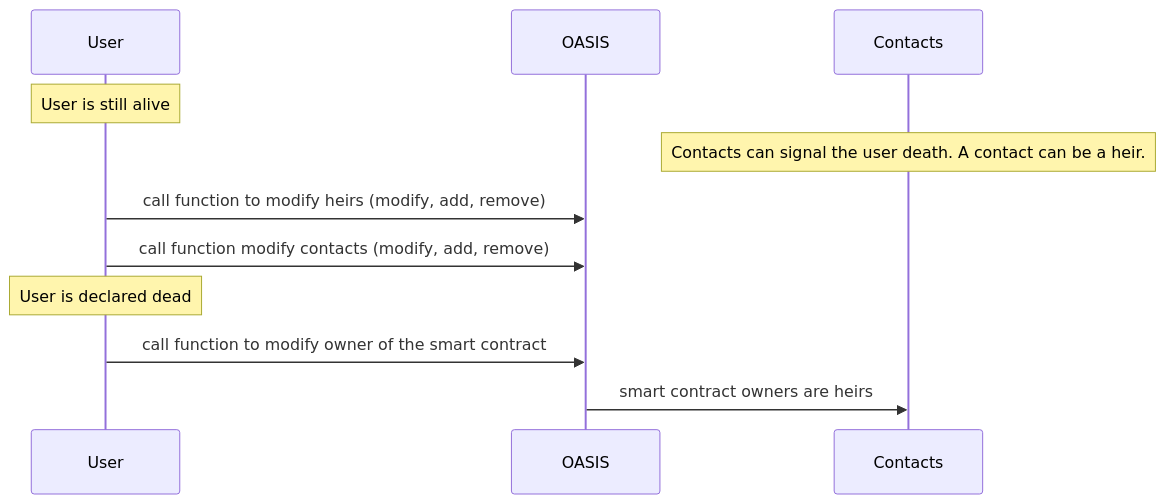
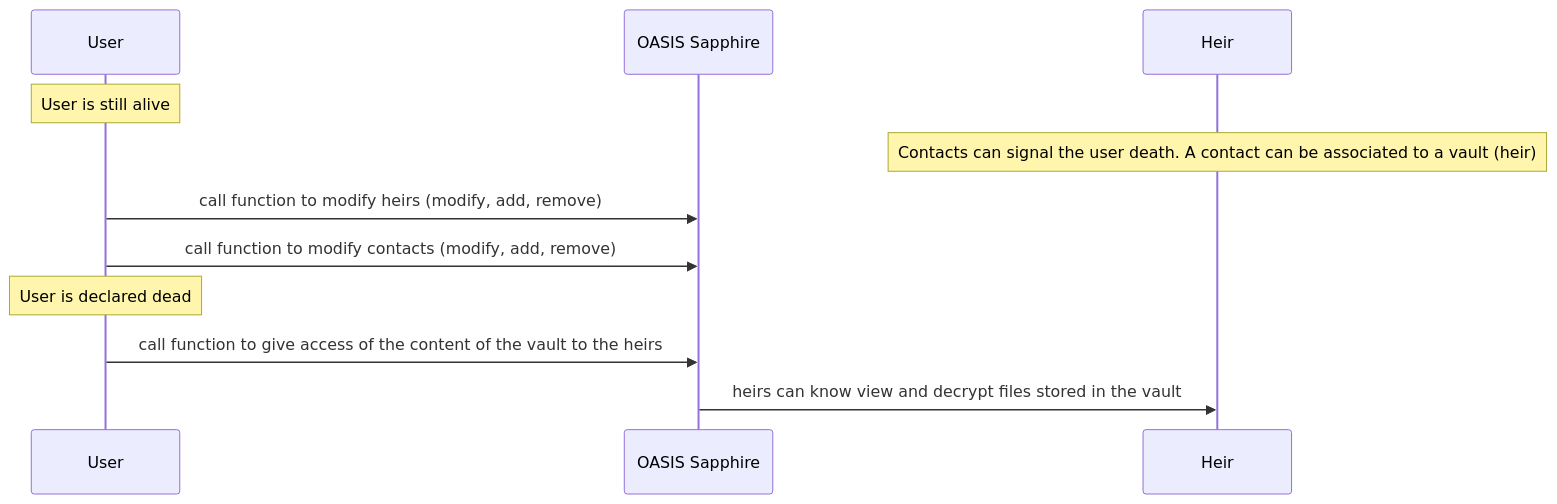
Before and after one commit to Matthieu-LAURENT39/LifeSignal: the diagram in diagrams/case_user_is_dead.mmd, drawn with Mermaid. The commit also changed 4 other files, not shown here.

```diff
--- a/diagrams/case_user_is_dead.mmd
+++ b/diagrams/case_user_is_dead.mmd
@@ -1,14 +1,14 @@
 sequenceDiagram
     participant User
-    participant OASIS
-    participant Contacts
+    participant OASIS Sapphire
+    participant Heir
 
     Note over User: User is still alive
-    Note over Contacts: Contacts can signal the user death. A contact can be a heir.
-    User->>OASIS: call function to modify heirs (modify, add, remove)
-    User->>OASIS: call function modify contacts (modify, add, remove)
+    Note over Heir: Contacts can signal the user death. A contact can be associated to a vault (heir)
+    User->>OASIS Sapphire: call function to modify heirs (modify, add, remove)
+    User->>OASIS Sapphire: call function to modify contacts (modify, add, remove)
 
     Note over User: User is declared dead
 
-    User->>OASIS: call function to modify owner of the smart contract
-    OASIS->>Contacts: smart contract owners are heirs
+    User->>OASIS Sapphire : call function to give access of the content of the vault to the heirs
+    OASIS Sapphire ->>Heir: heirs can know view and decrypt files stored in the vault
```
